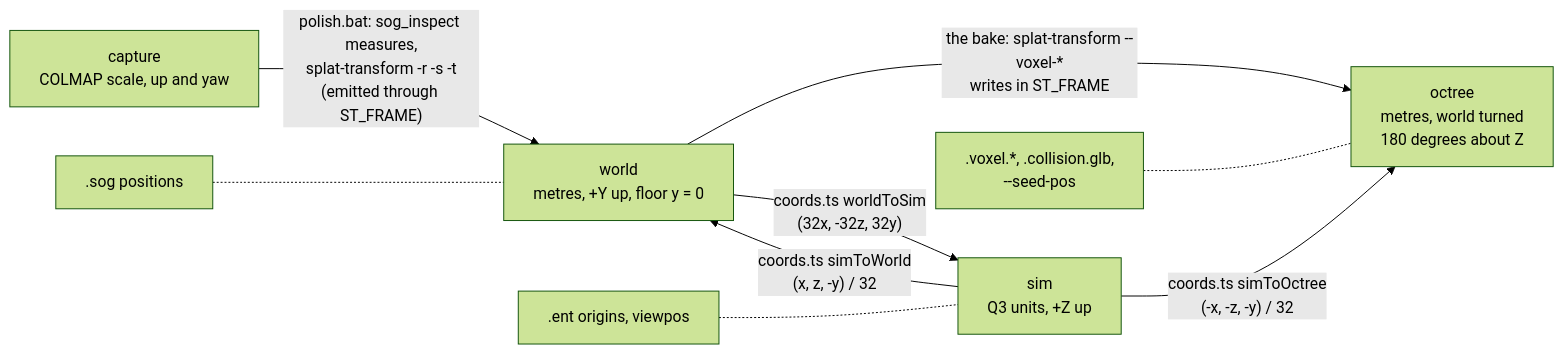
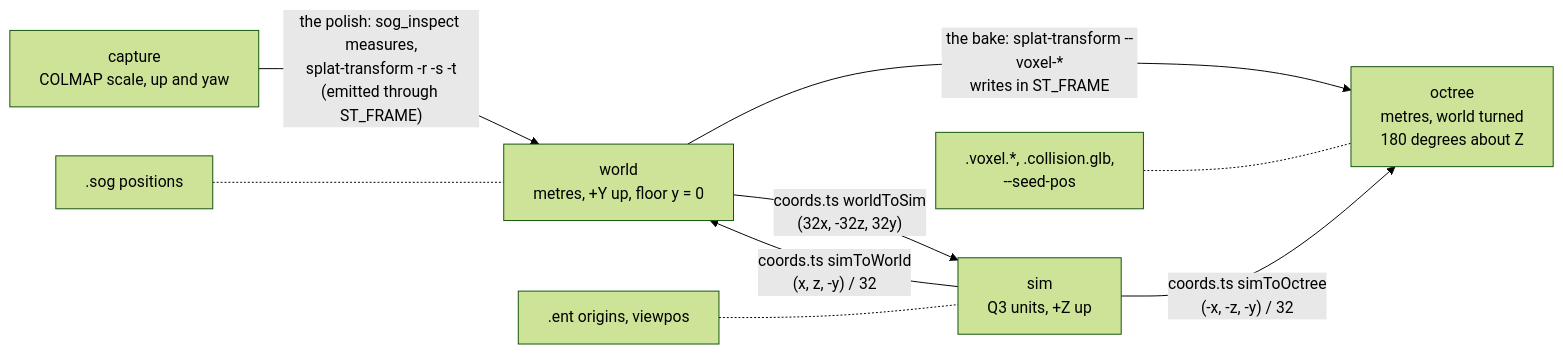
The third of 4 diagrams in splat-maps/docs/map-format.md (Loppas/playcanvas-quake3), drawn with Mermaid (forest theme) before and after one commit. The commit also changed other lines of this file and 29 other files, not shown here.

````diff
--- a/splat-maps/docs/map-format.md
+++ b/splat-maps/docs/map-format.md
@@ -442,15 +442,15 @@
 ```mermaid
 flowchart LR
   CAP["capture<br/>COLMAP scale, up and yaw"]
   WORLD["world<br/>metres, +Y up, floor y = 0"]
   SIM["sim<br/>Q3 units, +Z up"]
   OCT["octree<br/>metres, world turned<br/>180 degrees about Z"]
-  CAP -->|"polish.bat: sog_inspect measures,<br/>splat-transform -r -s -t<br/>(emitted through ST_FRAME)"| WORLD
+  CAP -->|"the polish: sog_inspect measures,<br/>splat-transform -r -s -t<br/>(emitted through ST_FRAME)"| WORLD
   WORLD -->|"the bake: splat-transform --voxel-*<br/>writes in ST_FRAME"| OCT
   SIM -->|"coords.ts simToWorld<br/>(x, z, -y) / 32"| WORLD
   WORLD -->|"coords.ts worldToSim<br/>(32x, -32z, 32y)"| SIM
   SIM -->|"coords.ts simToOctree<br/>(-x, -z, -y) / 32"| OCT
   SOGF[".sog positions"] -.- WORLD
   ENTF[".ent origins, viewpos"] -.- SIM
   VOXF[".voxel.*, .collision.glb,<br/>--seed-pos"] -.- OCT
 ```
````
